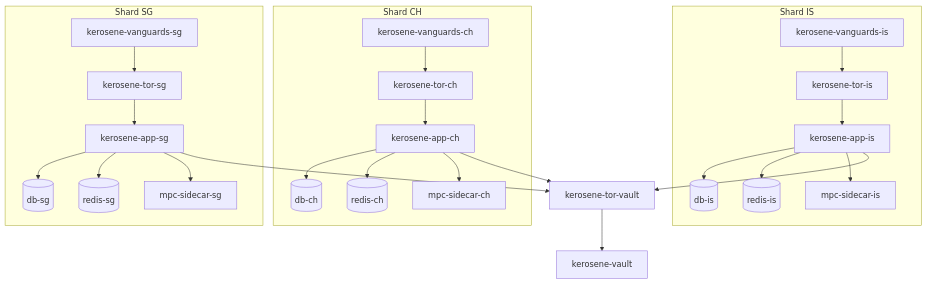
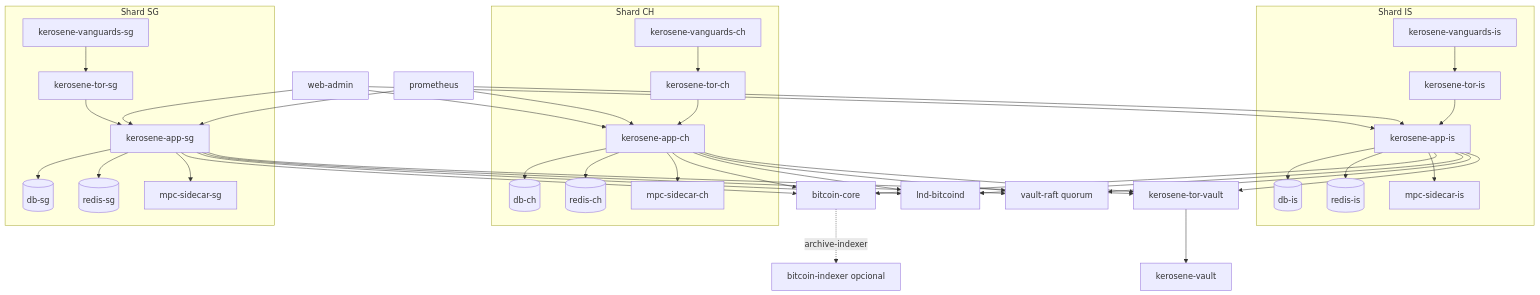
Before and after one commit to Daniel-Astrofer/Kerosene: the diagram in docs/INFRASTRUCTURE.md, drawn with Mermaid. The commit also changed other lines of this file and 752 other files, not shown here.

````diff
--- a/docs/INFRASTRUCTURE.md
+++ b/docs/INFRASTRUCTURE.md
@@ -80,31 +92,47 @@
 ```mermaid
 flowchart TB
   subgraph IS[Shard IS]
     AppIS[kerosene-app-is] --> DbIS[(db-is)]
     AppIS --> RedisIS[(redis-is)]
     AppIS --> MpcIS[mpc-sidecar-is]
     TorIS[kerosene-tor-is] --> AppIS
     VgIS[kerosene-vanguards-is] --> TorIS
   end
 
   subgraph CH[Shard CH]
     AppCH[kerosene-app-ch] --> DbCH[(db-ch)]
     AppCH --> RedisCH[(redis-ch)]
     AppCH --> MpcCH[mpc-sidecar-ch]
     TorCH[kerosene-tor-ch] --> AppCH
     VgCH[kerosene-vanguards-ch] --> TorCH
   end
 
   subgraph SG[Shard SG]
     AppSG[kerosene-app-sg] --> DbSG[(db-sg)]
     AppSG --> RedisSG[(redis-sg)]
     AppSG --> MpcSG[mpc-sidecar-sg]
     TorSG[kerosene-tor-sg] --> AppSG
     VgSG[kerosene-vanguards-sg] --> TorSG
   end
 
   TorVault[kerosene-tor-vault] --> Vault[kerosene-vault]
+  Web[web-admin] --> AppIS
+  Web --> AppCH
+  Web --> AppSG
+  AppIS --> Bitcoin[bitcoin-core]
+  AppCH --> Bitcoin
+  AppSG --> Bitcoin
+  AppIS --> Lnd[lnd-bitcoind]
+  AppCH --> Lnd
+  AppSG --> Lnd
+  Bitcoin -. archive-indexer .-> Electrs[bitcoin-indexer opcional]
+  AppIS --> VaultRaft[vault-raft quorum]
+  AppCH --> VaultRaft
+  AppSG --> VaultRaft
+  Prom[prometheus] --> AppIS
+  Prom --> AppCH
+  Prom --> AppSG
   AppIS --> TorVault
   AppCH --> TorVault
   AppSG --> TorVault
 ```
````
